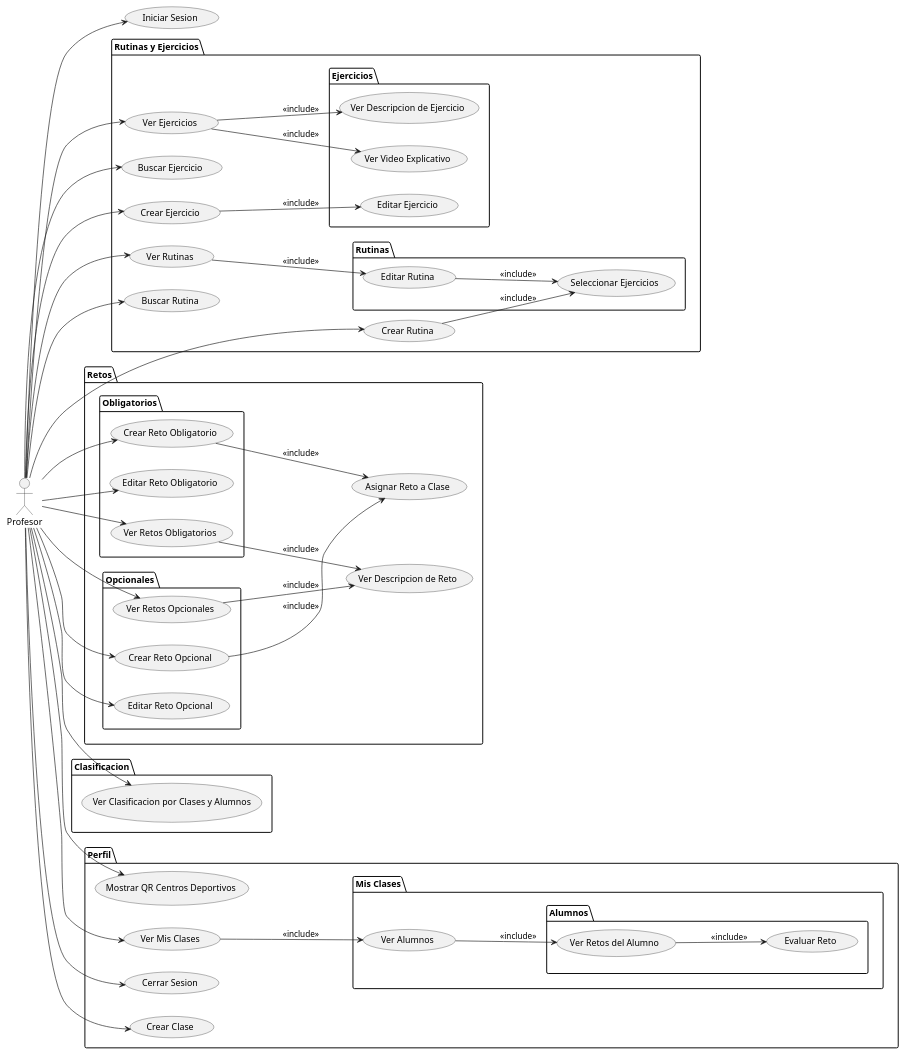
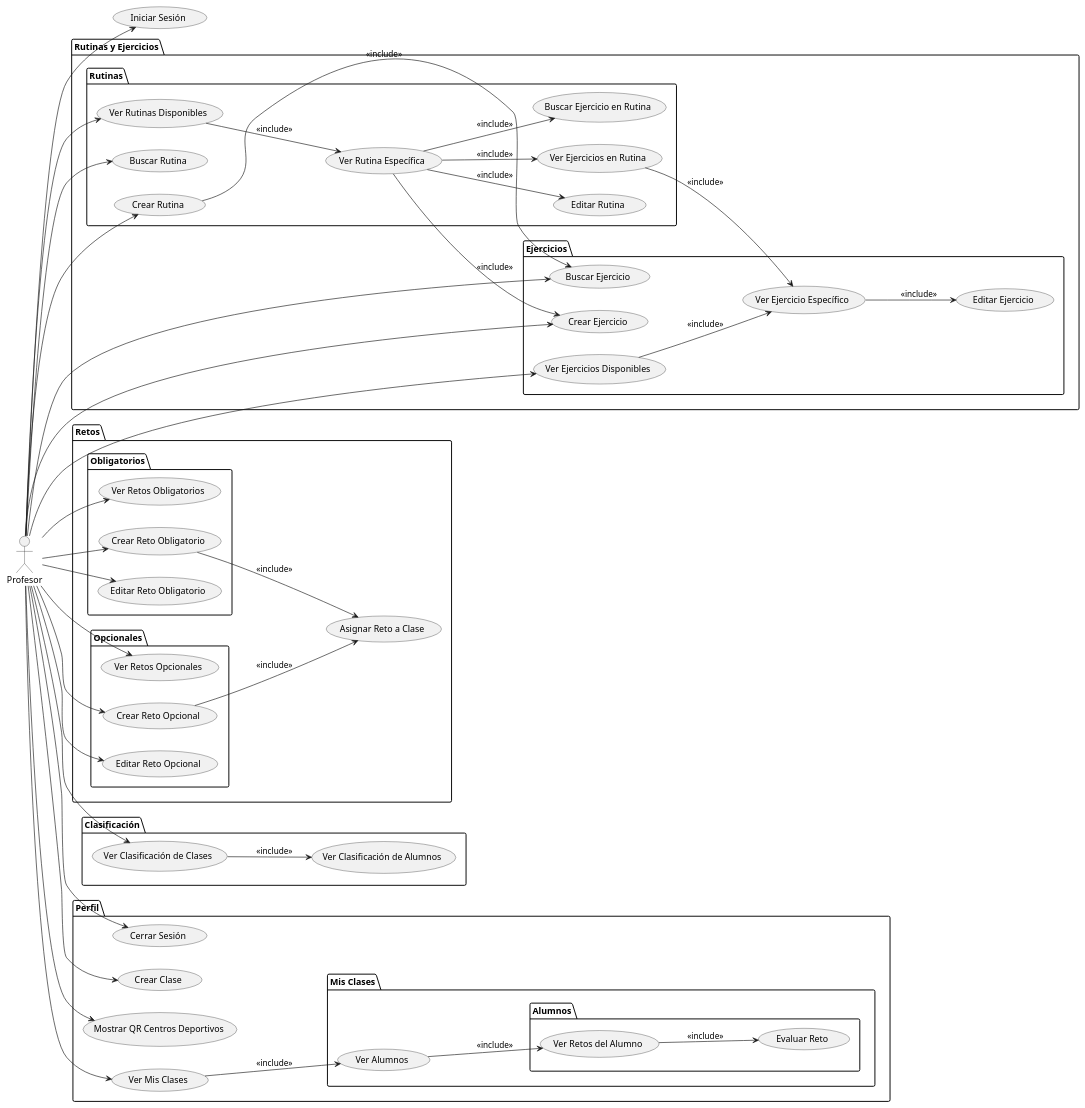
The diagram in Documentos/CasosUso/CdU_Profesor.puml (mmasias/24-25-IdSw1-SDR), drawn with PlantUML before and after one commit.

```diff
--- a/Documentos/CasosUso/CdU_Profesor.puml
+++ b/Documentos/CasosUso/CdU_Profesor.puml
@@ -1,100 +1,110 @@
 @startuml
 left to right direction
 actor Profesor
 
 package "Rutinas y Ejercicios" {
-    usecase "Ver Rutinas" as VerRutinas
-    usecase "Buscar Rutina" as BuscarRutina
-    usecase "Crear Rutina" as CrearRutina
-    usecase "Ver Ejercicios" as VerEjercicios
-    usecase "Buscar Ejercicio" as BuscarEjercicio
-    usecase "Crear Ejercicio" as CrearEjercicio
 
     package "Rutinas" {
+        usecase "Ver Rutinas Disponibles" as VerRutinasDisponibles
+        usecase "Buscar Rutina" as BuscarRutina
+        usecase "Crear Rutina" as CrearRutina
+        usecase "Ver Rutina Específica" as VerRutinaEspecifica
+
         usecase "Editar Rutina" as EditarRutina
-        usecase "Seleccionar Ejercicios" as SeleccionarEjercicios
+        usecase "Ver Ejercicios en Rutina" as VerEjerciciosEnRutina
+        usecase "Buscar Ejercicio en Rutina" as BuscarEjercicioEnRutina
+        
     }
 
     package "Ejercicios" {
+        usecase "Buscar Ejercicio" as BuscarEjercicio
+        usecase "Ver Ejercicios Disponibles" as VerEjerciciosDisponibles
+        usecase "Crear Ejercicio" as CrearEjercicio
+
+        usecase "Ver Ejercicio Específico" as VerEjercicioEspecifico
         usecase "Editar Ejercicio" as EditarEjercicio
-        usecase "Ver Video Explicativo" as VerVideoExplicativo
-        usecase "Ver Descripcion de Ejercicio" as VerDescripcionEjercicio
     }
 }
 
-package Retos {
+package "Retos" {
     package "Obligatorios" {
         usecase "Ver Retos Obligatorios" as VerRetosObligatorios
         usecase "Crear Reto Obligatorio" as CrearRetoObligatorio
         usecase "Editar Reto Obligatorio" as EditarRetoObligatorio
     }
 
     package "Opcionales" {
         usecase "Ver Retos Opcionales" as VerRetosOpcionales
         usecase "Crear Reto Opcional" as CrearRetoOpcional
         usecase "Editar Reto Opcional" as EditarRetoOpcional
     }
 
-    usecase "Ver Descripcion de Reto" as VerDescripcionReto
     usecase "Asignar Reto a Clase" as AsignarRetoAClase
 }
 
-package Clasificacion {
-    usecase "Ver Clasificacion por Clases y Alumnos" as VerClasificacionPorClasesYAlumnos
+package "Clasificación" {
+    usecase "Ver Clasificación de Clases" as VerClasificacionClases
+    usecase "Ver Clasificación de Alumnos" as VerClasificacionAlumnos
+    VerClasificacionClases --> VerClasificacionAlumnos : <<include>>
 }
 
-package Perfil {
-    usecase "Cerrar Sesion" as CerrarSesion
+package "Perfil" {
+    usecase "Cerrar Sesión" as CerrarSesion
     usecase "Crear Clase" as CrearClase
     usecase "Mostrar QR Centros Deportivos" as MostrarQRCentros
     usecase "Ver Mis Clases" as VerMisClases
 
     package "Mis Clases" {
         usecase "Ver Alumnos" as VerAlumnosEnClase
 
         package "Alumnos" {
             usecase "Ver Retos del Alumno" as VerRetosDelAlumno
             usecase "Evaluar Reto" as EvaluarReto
         }
     }
 }
 
-usecase "Iniciar Sesion" as IniciarSesion
+usecase "Iniciar Sesión" as IniciarSesion
 
 Profesor --> IniciarSesion
-Profesor --> VerRutinas
+Profesor --> VerRutinasDisponibles
 Profesor --> BuscarRutina
 Profesor --> CrearRutina
-Profesor --> VerEjercicios
+Profesor --> VerEjerciciosDisponibles
 Profesor --> BuscarEjercicio
 Profesor --> CrearEjercicio
 Profesor --> VerRetosObligatorios
 Profesor --> CrearRetoObligatorio
 Profesor --> EditarRetoObligatorio
 Profesor --> VerRetosOpcionales
 Profesor --> CrearRetoOpcional
 Profesor --> EditarRetoOpcional
-Profesor --> VerClasificacionPorClasesYAlumnos
+Profesor --> VerClasificacionClases
 Profesor --> CerrarSesion
 Profesor --> CrearClase
 Profesor --> MostrarQRCentros
 Profesor --> VerMisClases
 
-VerRutinas --> EditarRutina : <<include>>
-EditarRutina --> SeleccionarEjercicios : <<include>>
+VerRutinasDisponibles --> VerRutinaEspecifica : <<include>>
+VerRutinaEspecifica --> CrearEjercicio : <<include>>
+VerRutinaEspecifica --> VerEjerciciosEnRutina : <<include>>
+VerRutinaEspecifica --> EditarRutina : <<include>>
+VerRutinaEspecifica --> BuscarEjercicioEnRutina : <<include>>
 
-CrearRutina --> SeleccionarEjercicios : <<include>>
 
-VerEjercicios --> VerVideoExplicativo : <<include>>
-VerEjercicios --> VerDescripcionEjercicio : <<include>>
-CrearEjercicio --> EditarEjercicio : <<include>>
+VerEjerciciosEnRutina --> VerEjercicioEspecifico : <<include>> 
+VerEjercicioEspecifico --> EditarEjercicio : <<include>>       
 
-VerRetosObligatorios --> VerDescripcionReto : <<include>>
-VerRetosOpcionales --> VerDescripcionReto : <<include>>
+CrearRutina --> BuscarEjercicio : <<include>>
+
+
+VerEjerciciosDisponibles --> VerEjercicioEspecifico : <<include>>
+
 CrearRetoObligatorio --> AsignarRetoAClase : <<include>>
 CrearRetoOpcional --> AsignarRetoAClase : <<include>>
 
 VerMisClases --> VerAlumnosEnClase : <<include>>
 VerAlumnosEnClase --> VerRetosDelAlumno : <<include>>
 VerRetosDelAlumno --> EvaluarReto : <<include>>
+
 @enduml
```
